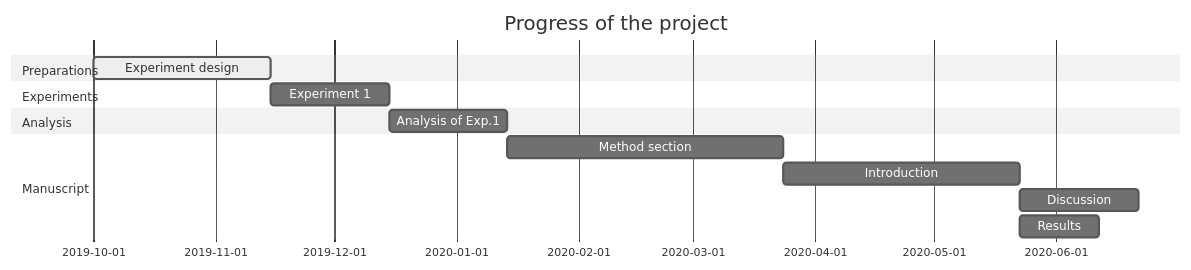
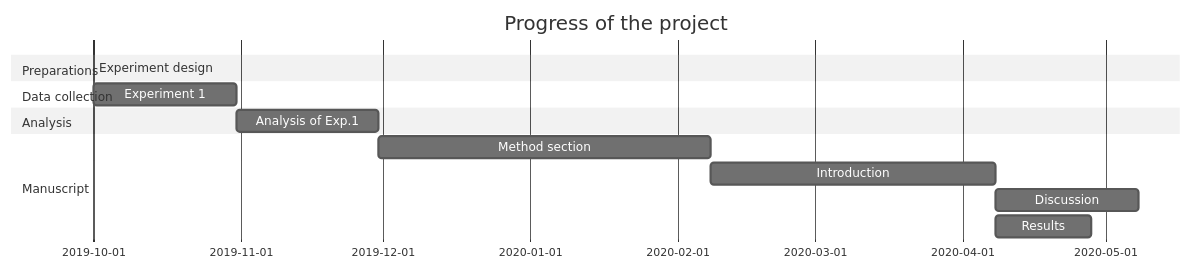
Before and after one commit to wachtlerlab/colornoise: the diagram in README.md, drawn with Mermaid (neutral theme).

````diff
--- a/README.md
+++ b/README.md
@@ -11,24 +11,24 @@
 ```mermaid
 gantt
   dateFormat YYYY-MM-DD
   title Progress of the project
   
   section Preparations
-  Experiment design            :active, design, 2019-10-01, 2019-11-15
+  Experiment design            :active, design, 2019-10-01, 2019-12-9
   
 
-  section Experiments
+  section Data collection
   Experiment 1        :exp1, after design, 30d
   
 
   section Analysis
   Analysis of Exp.1            :ana1, after exp1, 30d
 
 
   section Manuscript
   Method section                :man1, after ana1, 70d
   Introduction                  :man3, after man1, 60d
   Discussion                    :man4, after man3, 30d
   Results                       :man2, after man3, 20d
   
 ```
````
